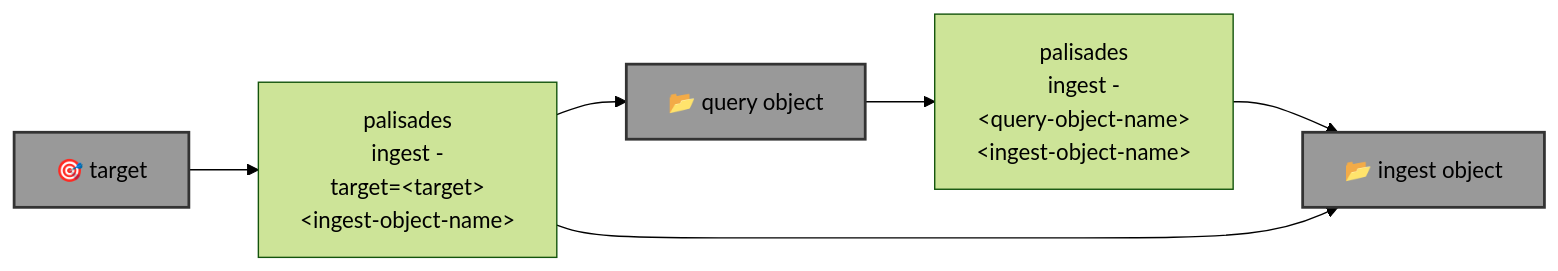
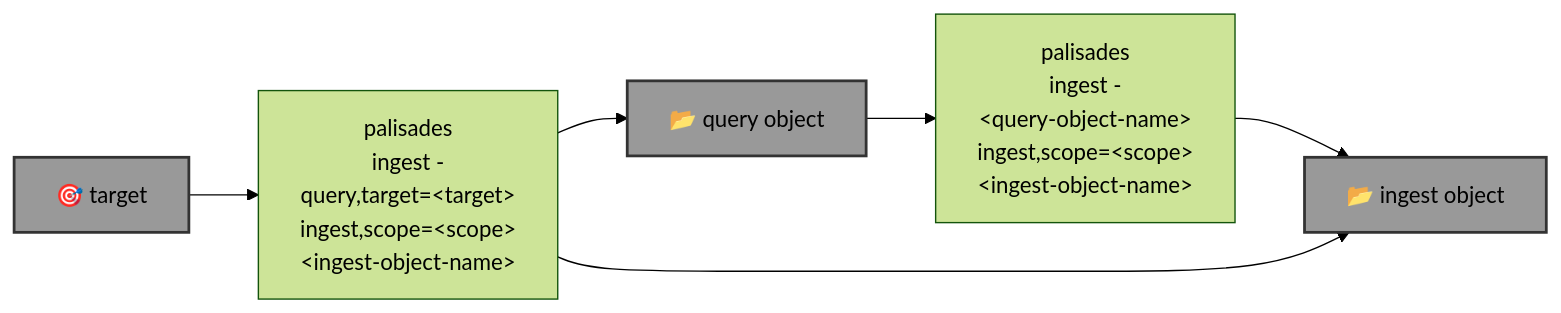
One commit to kamangir/blue-sandbox changed the diagram in blue_sandbox/palisades/README.md. Above: the diagram before and after it, drawn with Mermaid (forest theme). The commit also changed 3 other files, not shown here.

````diff
--- a/blue_sandbox/palisades/README.md
+++ b/blue_sandbox/palisades/README.md
@@ -5,18 +5,18 @@
 ```mermaid
 graph LR
-    palisades_ingest_query["palisades<br>ingest -<br>&lt;query-object-name&gt;<br>&lt;ingest-object-name&gt;"]
-    palisades_ingest_target["palisades<br>ingest -<br>target=&lt;target&gt;<br>&lt;ingest-object-name&gt;"]
+    palisades_ingest_query["palisades<br>ingest -<br>&lt;query-object-name&gt;<br>ingest,scope=&lt;scope&gt;<br>&lt;ingest-object-name&gt;"]
+    palisades_ingest_target["palisades<br>ingest -<br>query,target=&lt;target&gt;<br>ingest,scope=&lt;scope&gt;<br>&lt;ingest-object-name&gt;"]
 
     target["🎯 target"]:::folder
     query_object["📂 query object"]:::folder
     ingest_object["📂 ingest object"]:::folder
 
     query_object --> palisades_ingest_query
     palisades_ingest_query --> ingest_object
 
     target --> palisades_ingest_target
     palisades_ingest_target --> query_object
     palisades_ingest_target --> ingest_object
 
     classDef folder fill:#999,stroke:#333,stroke-width:2px;
 ```
````
